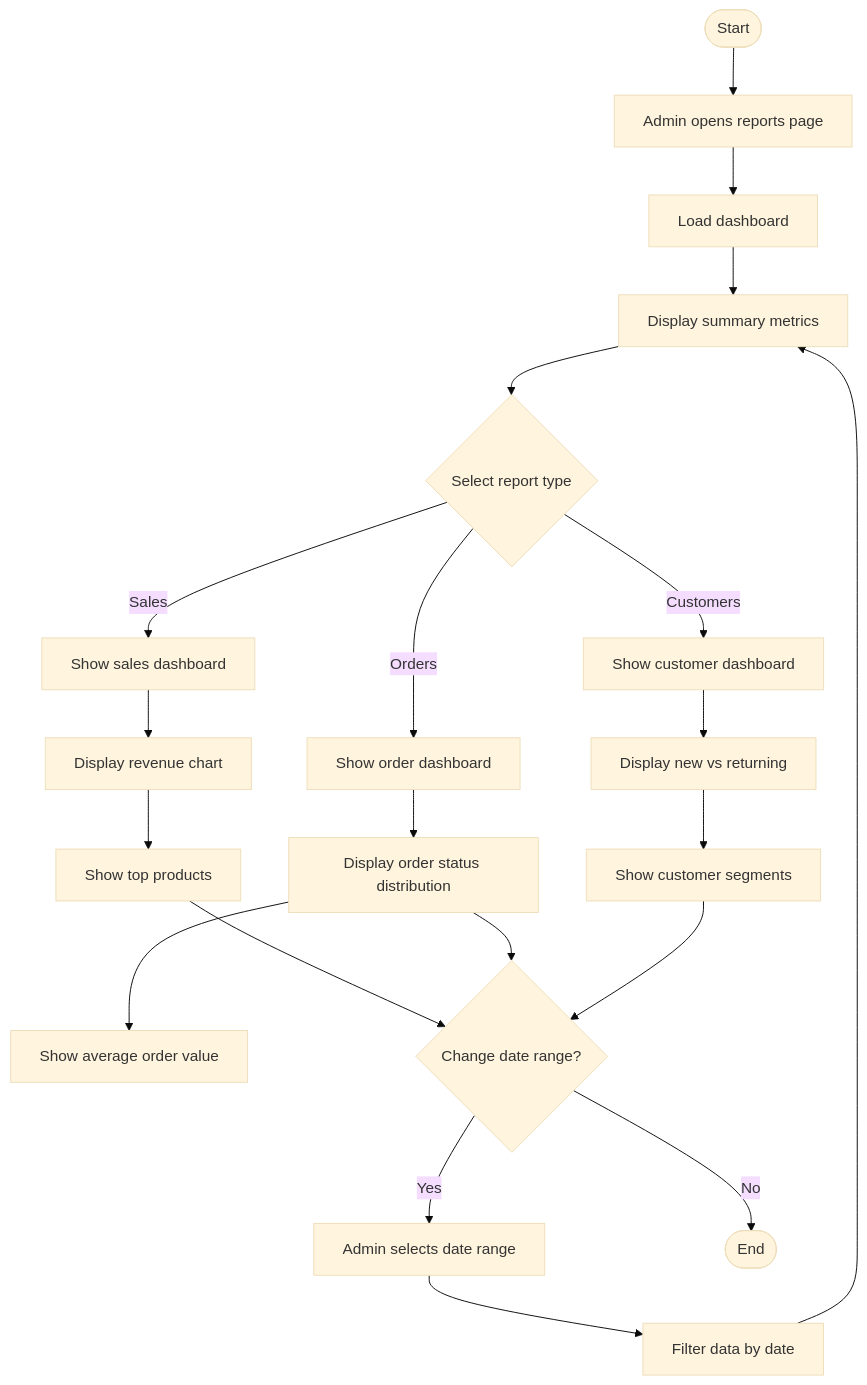
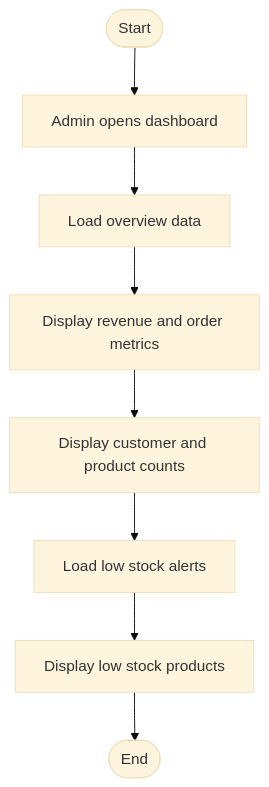
Diagram 17 of 60 in docs/design-analysis/OOSAD_ANALYSIS.md (DanhTrannn/TLCN), drawn with Mermaid (base theme) before and after one commit. The commit also changed other lines of this file, not shown here.

````diff
--- a/docs/design-analysis/OOSAD_ANALYSIS.md
+++ b/docs/design-analysis/OOSAD_ANALYSIS.md
@@ -1028,27 +1078,10 @@
 ```mermaid
 flowchart TD
-    Start([Start]) --> A[Admin opens reports page]
-    A --> B[Load dashboard]
-    B --> C[Display summary metrics]
-    C --> D{Select report type}
-    
-    D -->|Sales| E[Show sales dashboard]
-    E --> F[Display revenue chart]
-    F --> G[Show top products]
-    
-    D -->|Orders| H[Show order dashboard]
-    H --> I[Display order status distribution]
-    I --> J[Show average order value]
-    
-    D -->|Customers| K[Show customer dashboard]
-    K --> L[Display new vs returning]
-    L --> M[Show customer segments]
-    
-    G --> N{Change date range?}
-    I --> N
-    M --> N
-    N -->|Yes| O[Admin selects date range]
-    O --> P[Filter data by date]
-    P --> C
-    N -->|No| Q([End])
+    Start([Start]) --> A[Admin opens dashboard]
+    A --> B[Load overview data]
+    B --> C[Display revenue and order metrics]
+    C --> D[Display customer and product counts]
+    D --> E[Load low stock alerts]
+    E --> F[Display low stock products]
+    F --> End([End])
 ```
````
